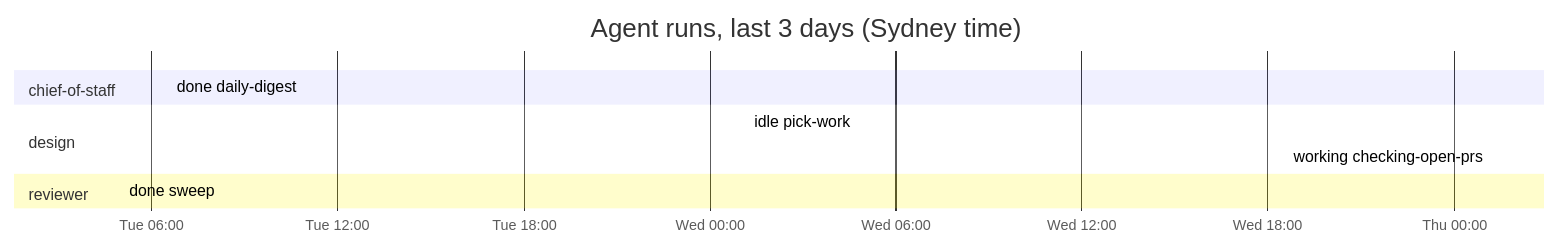
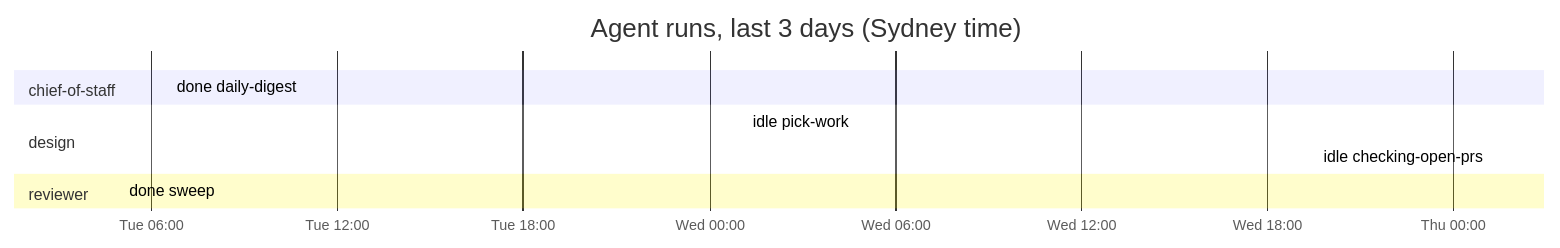
One commit to roulmediateam-byte/fifteen-expert-hq changed the diagram in dashboard.md. Above: the diagram before and after it, drawn with Mermaid. The commit also changed other lines of this file and 1 other file, not shown here.

````diff
--- a/dashboard.md
+++ b/dashboard.md
@@ -37,13 +37,13 @@
 ```mermaid
 gantt
     title Agent runs, last 3 days (Sydney time)
     dateFormat YYYY-MM-DD HH:mm
     axisFormat %a %H:%M
     section chief-of-staff
     done daily-digest :done, 2026-11-10 06:35, 2026-11-10 06:37
     section design
     idle pick-work :done, 2026-11-11 01:12, 2026-11-11 01:12
-    working checking-open-prs :active, 2026-11-12 01:11, 2026-11-12 01:11
+    idle checking-open-prs :done, 2026-11-12 01:11, 2026-11-12 01:12
     section reviewer
     done sweep :done, 2026-11-10 05:04, 2026-11-10 05:05
 ```
````
